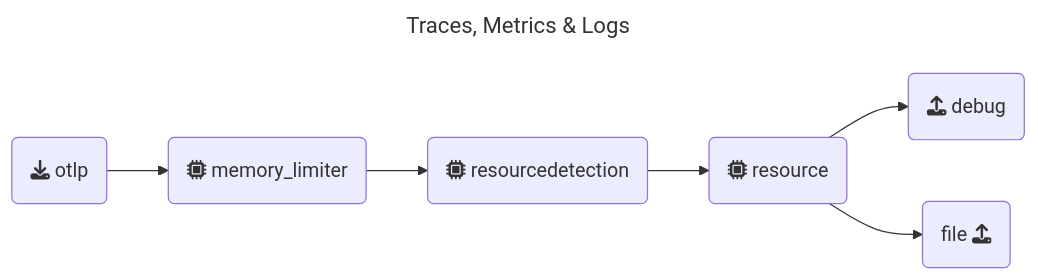
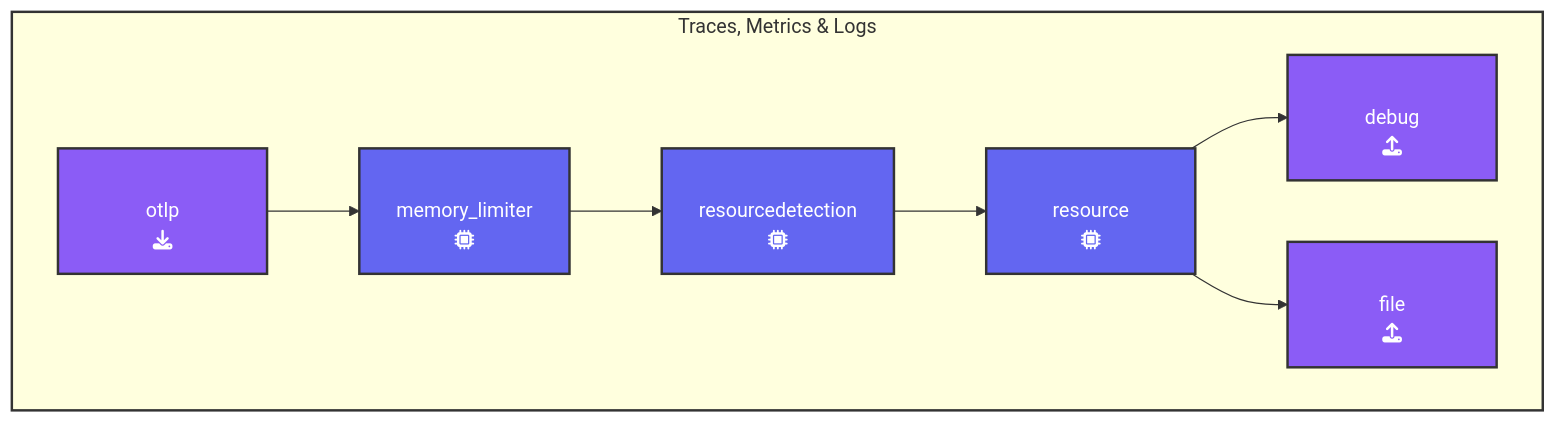
Before and after one commit to splunk/observability-workshop: the diagram in content/en/ninja-workshops/10-advanced-otel/1-agent/1-3-metadata/_index.md, drawn with Mermaid. The commit also changed 7 other files, not shown here.

Commit message:
work for graph and error notices

````diff
--- a/content/en/ninja-workshops/10-advanced-otel/1-agent/1-3-metadata/_index.md
+++ b/content/en/ninja-workshops/10-advanced-otel/1-agent/1-3-metadata/_index.md
@@ -54,11 +54,25 @@
 ```mermaid
----
-title: Traces, Metrics & Logs
----
-  flowchart LR;
-  otlp(fa:fa-download otlp) --> memorylimiter(fa:fa-microchip memory_limiter)
-  memorylimiter -->  resourcedetection(fa:fa-microchip resourcedetection) 
-  resourcedetection --> resource(fa:fa-microchip resource)
-  resource --> debug(fa:fa-upload debug)
-  resource --> file(file fa:fa-upload)
+graph LR
+  subgraph box[Traces, Metrics & Logs]
+    direction LR
+    %% Nodes
+      A[otlp<br>fa:fa-download]:::receiver
+      D[memory_limiter<br>fa:fa-microchip]:::processor
+      E[resourcedetection<br>fa:fa-microchip]:::processor
+      F[resource<br>fa:fa-microchip]:::processor
+      L[debug<br>fa:fa-upload]:::exporter
+      M[file<br>fa:fa-upload]:::exporter
+    end
+    %% Links
+      A --> D
+      D --> E
+      E --> F
+      F --> L
+      F --> M
+
+classDef receiver fill:#8b5cf6,stroke:#333,stroke-width:2px,padding-left:110px,color:#fff;
+classDef processor fill:#6366f1,stroke:#333,stroke-width:2px,padding-left:110px,color:#fff;
+classDef exporter fill:#8b5cf6,stroke:#333,stroke-width:2px, padding-left:110px,color:#fff;
+classDef connector fill:#00ff7f,stroke:#333,stroke-width:2px, padding-left:110px,color:#fff;
+style box stroke:#333,stroke-width:2px,fill:#f9a9a9a;
 ```
````
